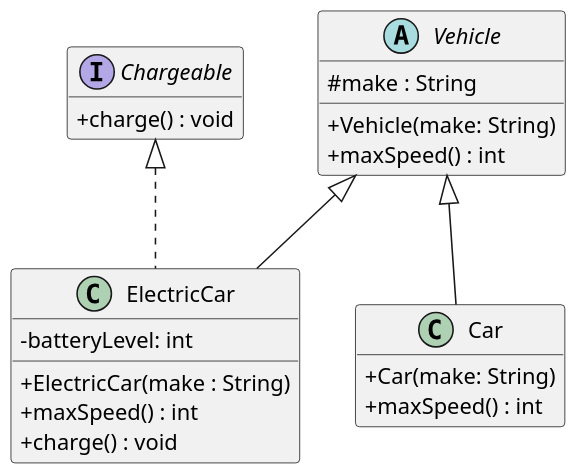
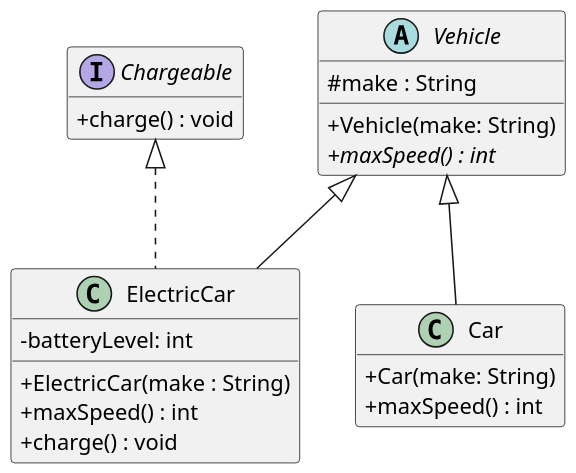
Before and after one commit to davidsh123/207-course-notes: the diagram in plantuml/exercises/vehicles-uml-starter.puml, drawn with PlantUML.

Commit message:
fixed bugs in vehicle uml

```diff
--- a/plantuml/exercises/vehicles-uml-starter.puml
+++ b/plantuml/exercises/vehicles-uml-starter.puml
@@ -1,51 +1,51 @@
 @startuml
 skinparam dpi 150
 skinparam classAttributeIconSize 0
 hide empty members
 
 ' Your task (Chapter 3, Question 2): draw the UML class diagram for the
 ' Vehicle / Car / ElectricCar / Chargeable code.
 '
 ' Define each type as a box, then connect them with the right arrows. One box
 ' (Chargeable) is filled in as an example — complete the other three and add the
 ' relationships.
 '
 ' PlantUML cheat-sheet:
 '   interface Name { + method() : Type }
 '   abstract class Name { # field : Type }
 '   class Name { - field : Type }
 '   Parent    <|-- Child    ' generalization: Child extends Parent
 '   Interface <|.. Class    ' realization:    Class implements Interface
 ' (Putting the parent/interface on the LEFT of the arrow keeps it on top.)
 
 interface Chargeable {
   + charge() : void
 }
 
 ' TODO: add "abstract class Vehicle", "class Car", and "class ElectricCar"
 '       (with their fields and methods), then add the arrows between all four
 '       types.
 abstract class Vehicle {
     # make : String
     + Vehicle(make: String)
-    + maxSpeed() : int
+    {abstract} + maxSpeed() : int
 }
 
 class Car {
     + Car(make: String)
     + maxSpeed() : int
 }
 
 class ElectricCar {
     - batteryLevel: int
     + ElectricCar(make : String)
     + maxSpeed() : int
     + charge() : void
 }
 
 Vehicle <|-- Car
 Vehicle <|-- ElectricCar
 Chargeable <|.. ElectricCar
 
 
 @enduml
```
